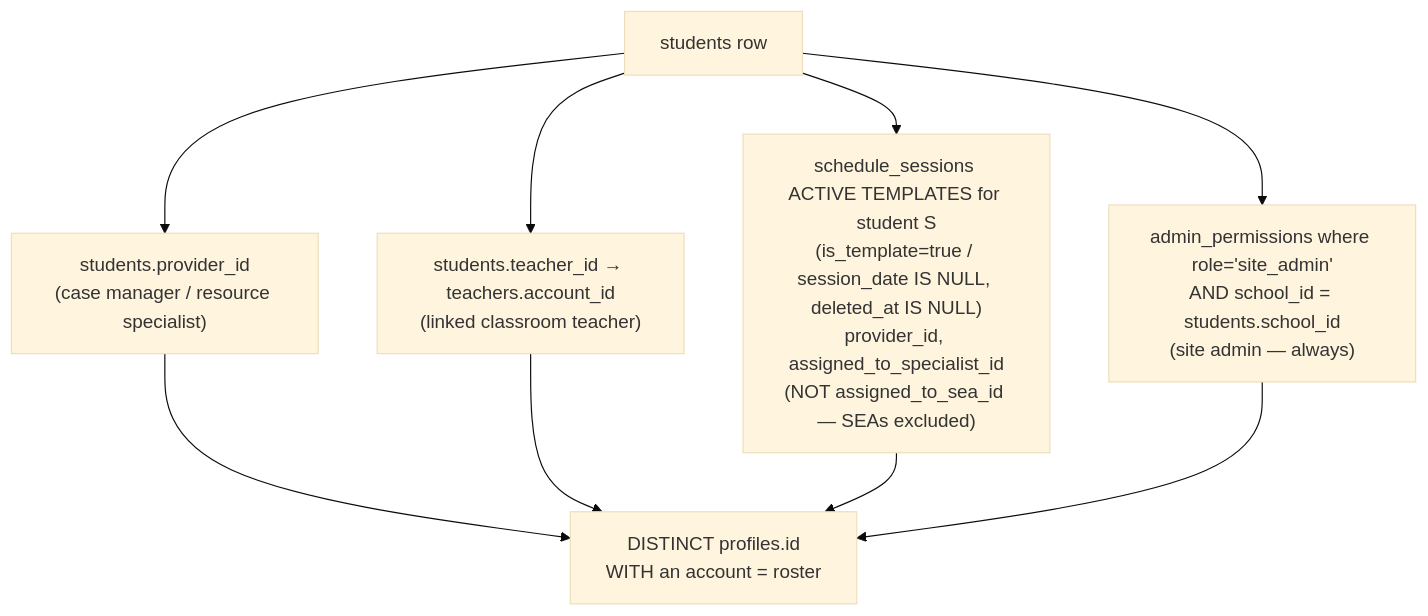
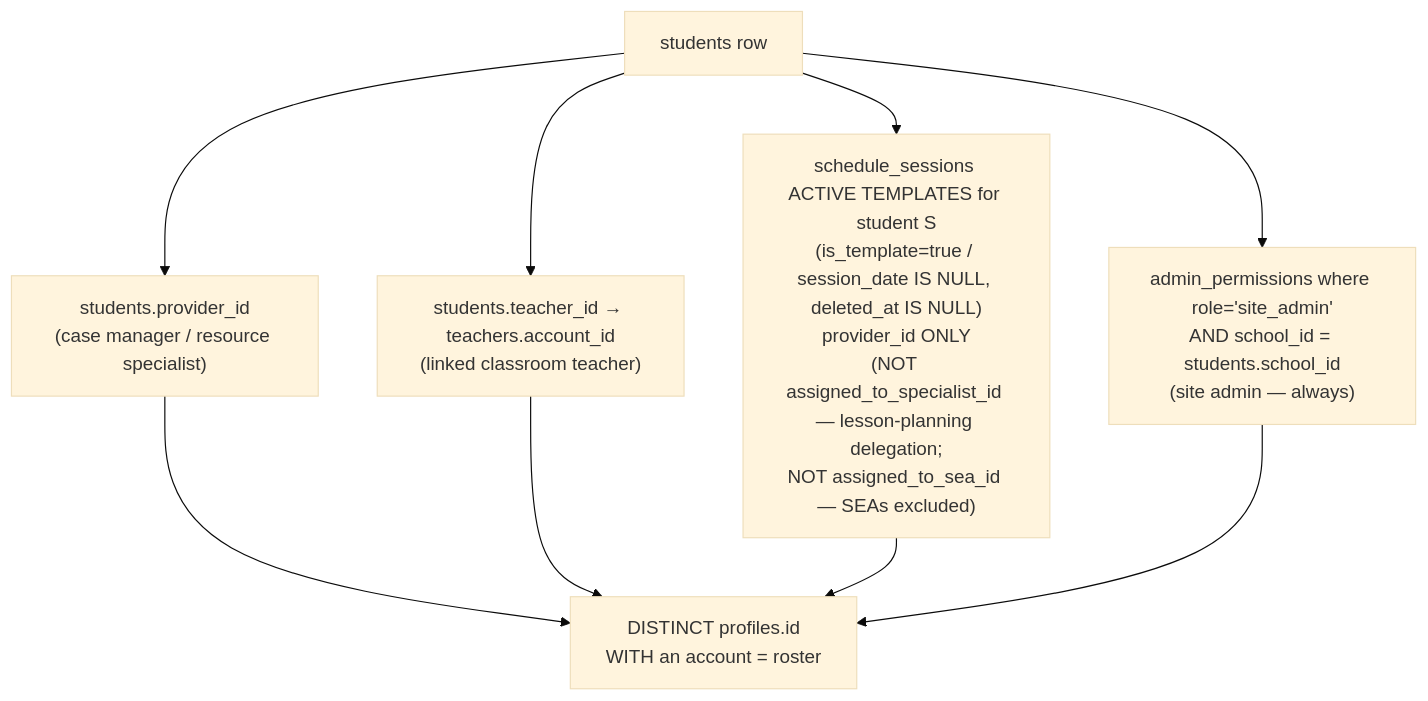
Before and after one commit to bstewart2255/speddy: the first of 2 diagrams in docs/CHAT_MODULE_DESIGN.md, drawn with Mermaid (base theme). The commit also changed other lines of this file and 23 other files, not shown here.

````diff
--- a/docs/CHAT_MODULE_DESIGN.md
+++ b/docs/CHAT_MODULE_DESIGN.md
@@ -110,11 +110,11 @@
 ```mermaid
 flowchart TD
     S["students row"] --> P1["students.provider_id<br/>(case manager / resource specialist)"]
     S --> P2["students.teacher_id → teachers.account_id<br/>(linked classroom teacher)"]
-    S --> P3["schedule_sessions ACTIVE TEMPLATES for student S<br/>(is_template=true / session_date IS NULL, deleted_at IS NULL)<br/>provider_id, assigned_to_specialist_id<br/>(NOT assigned_to_sea_id — SEAs excluded)"]
+    S --> P3["schedule_sessions ACTIVE TEMPLATES for student S<br/>(is_template=true / session_date IS NULL, deleted_at IS NULL)<br/>provider_id ONLY<br/>(NOT assigned_to_specialist_id — lesson-planning delegation;<br/>NOT assigned_to_sea_id — SEAs excluded)"]
     S --> P4["admin_permissions where role='site_admin'<br/>AND school_id = students.school_id<br/>(site admin — always)"]
     P1 --> U["DISTINCT profiles.id<br/>WITH an account = roster"]
     P2 --> U
     P3 --> U
     P4 --> U
 ```
````
